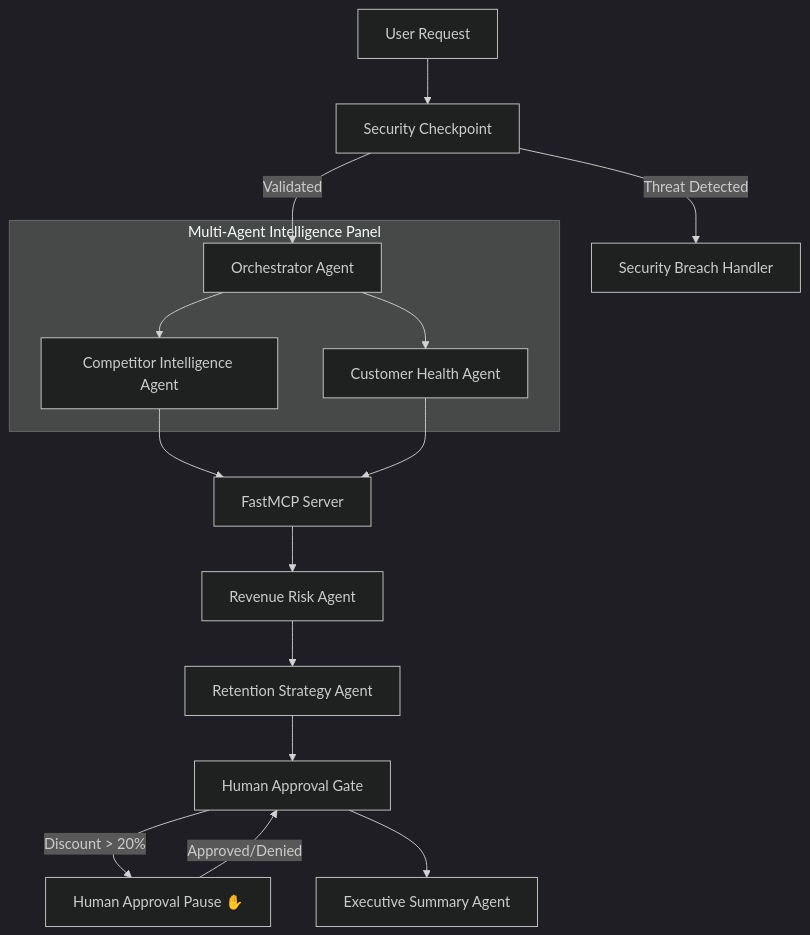
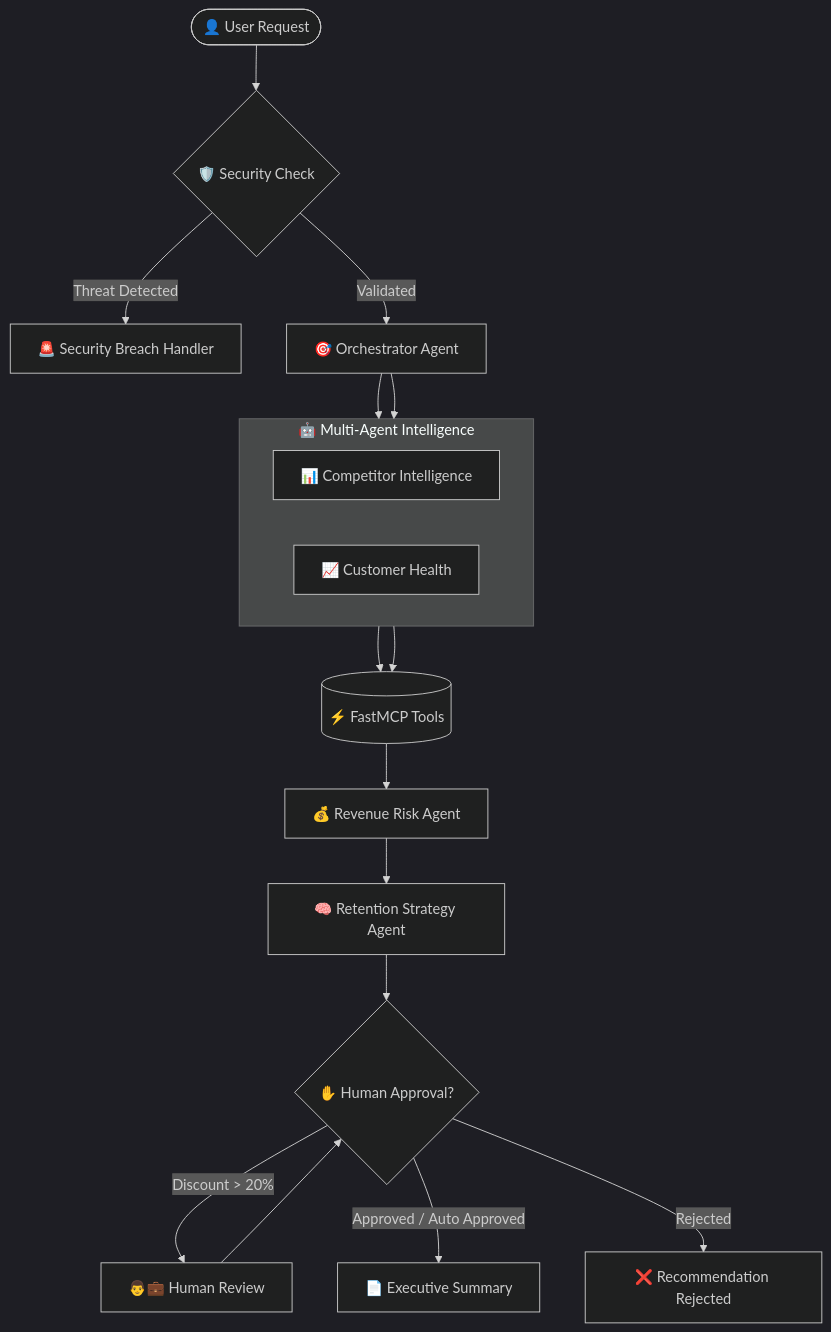
The diagram in SUBMISSION_WRITEUP.md (reshmanth-sai/revenueguard), drawn with Mermaid (dark theme) before and after one commit.

Commit message:
docs: update system architecture flowchart diagram in submission write-up

````diff
--- a/SUBMISSION_WRITEUP.md
+++ b/SUBMISSION_WRITEUP.md
@@ -60,23 +60,37 @@
 ```mermaid
-graph TD
-    USER[User Request] --> SECURITY[Security Checkpoint]
-    SECURITY -->|Threat Detected| BREACH[Security Breach Handler]
-    SECURITY -->|Validated| ORCH[Orchestrator Agent]
-    
-    subgraph Multi-Agent Intelligence Panel
-        ORCH --> COMP[Competitor Intelligence Agent]
-        ORCH --> HEALTH[Customer Health Agent]
+flowchart TD
+
+    A([👤 User Request])
+
+    A --> B{🛡️ Security Check}
+
+    B -->|Threat Detected| C[🚨 Security Breach Handler]
+
+    B -->|Validated| D[🎯 Orchestrator Agent]
+
+    subgraph "🤖 Multi-Agent Intelligence"
+        direction LR
+        E[📊 Competitor Intelligence]
+        F[📈 Customer Health]
     end
-    
-    COMP --> MCP[FastMCP Server]
-    HEALTH --> MCP
-    
-    MCP --> RISK[Revenue Risk Agent]
-    RISK --> STRATEGY[Retention Strategy Agent]
-    STRATEGY --> HITL[Human Approval Gate]
-    
-    HITL -->|Discount > 20%| Human[Human Approval Pause ✋]
-    Human -->|Approved/Denied| HITL
-    
-    HITL --> SUMMARY[Executive Summary Agent]
+
+    D --> E
+    D --> F
+
+    E --> G[(⚡ FastMCP Tools)]
+    F --> G
+
+    G --> H[💰 Revenue Risk Agent]
+
+    H --> I[🧠 Retention Strategy Agent]
+
+    I --> J{✋ Human Approval?}
+
+    J -->|Discount > 20%| K[👨💼 Human Review]
+
+    K --> J
+
+    J -->|Approved / Auto Approved| L[📄 Executive Summary]
+
+    J -->|Rejected| M[❌ Recommendation Rejected]
 ```
````
